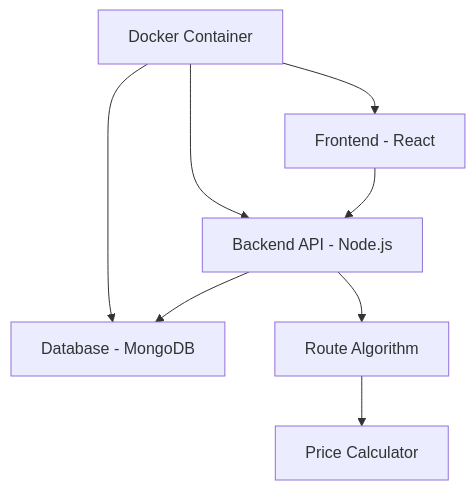
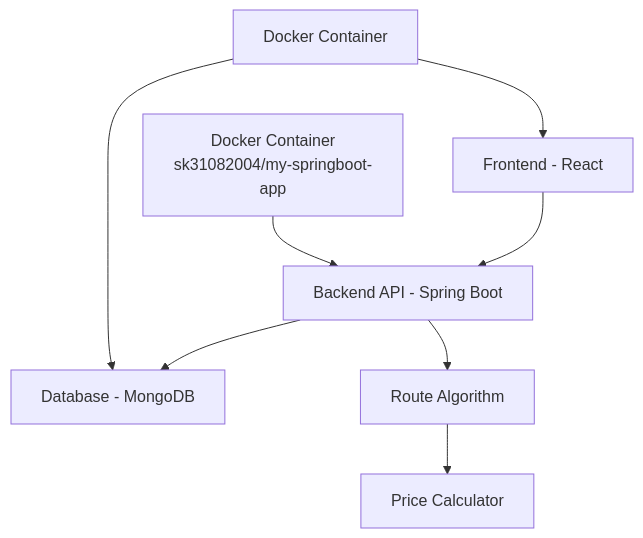
The diagram in README.md (sk-coder31/Train_Booking_Application_Rapid_Acceleration), drawn with Mermaid before and after one commit. The commit also changed other lines of this file, not shown here.

````diff
--- a/README.md
+++ b/README.md
@@ -86,10 +85,10 @@
 ```mermaid
 graph TB
-    A[Frontend - React] --> B[Backend API - Node.js]
+    A[Frontend - React] --> B[Backend API - Spring Boot]
     B --> C[Database - MongoDB]
     B --> D[Route Algorithm]
     D --> E[Price Calculator]
-    F[Docker Container] --> A
-    F --> B
-    F --> C
+    F[Docker Container<br/>sk31082004/my-springboot-app] --> B
+    G[Docker Container] --> A
+    G --> C
 ```
````
